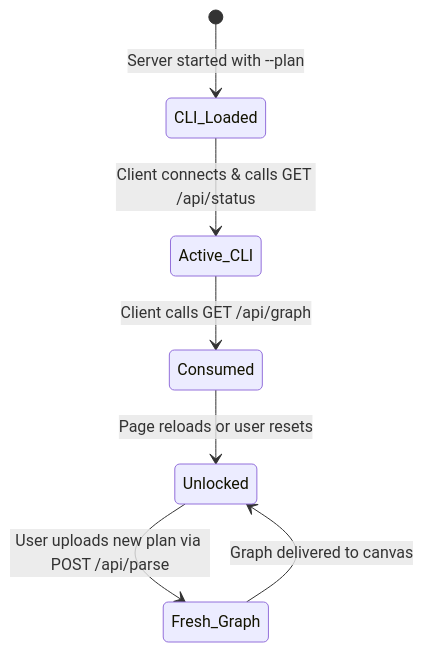
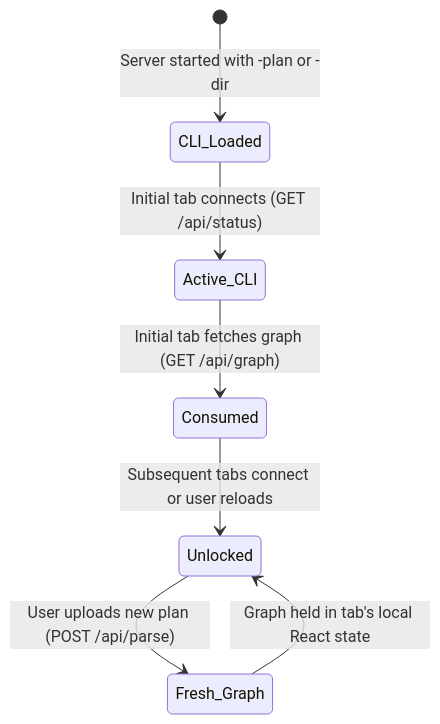
Before and after one commit to AatirNadim/plan-parse: the second of 3 diagrams in pkg/server/README.md, drawn with Mermaid. The commit also changed other lines of this file and 6 other files, not shown here.

First line of the commit message:
refactor: Revamp UI documentation and component architecture for Developer Workbench

````diff
--- a/pkg/server/README.md
+++ b/pkg/server/README.md
@@ -64,9 +66,9 @@
 ```mermaid
 stateDiagram-v2
-    [*] --> CLI_Loaded: Server started with --plan
-    CLI_Loaded --> Active_CLI: Client connects & calls GET /api/status
-    Active_CLI --> Consumed: Client calls GET /api/graph
-    Consumed --> Unlocked: Page reloads or user resets
-    Unlocked --> Fresh_Graph: User uploads new plan via POST /api/parse
-    Fresh_Graph --> Unlocked: Graph delivered to canvas
+    [*] --> CLI_Loaded: Server started with -plan or -dir
+    CLI_Loaded --> Active_CLI: Initial tab connects (GET /api/status)
+    Active_CLI --> Consumed: Initial tab fetches graph (GET /api/graph)
+    Consumed --> Unlocked: Subsequent tabs connect or user reloads
+    Unlocked --> Fresh_Graph: User uploads new plan (POST /api/parse)
+    Fresh_Graph --> Unlocked: Graph held in tab's local React state
 ```
````
